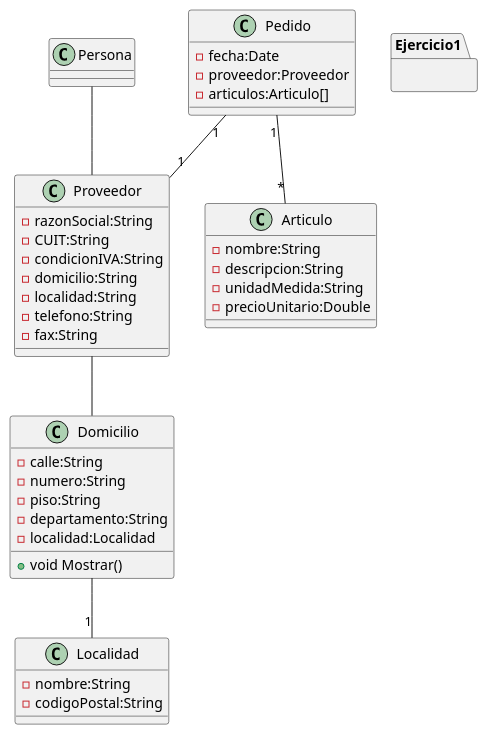
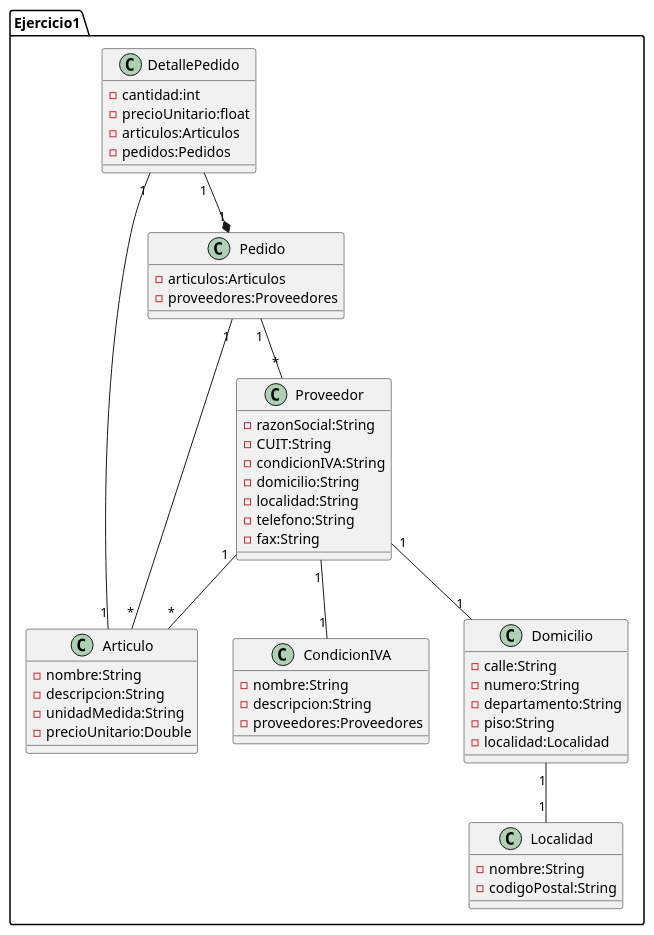
Before and after one commit to SecondPort/DOO1: the diagram in Java/src/Ejercicio1.puml, drawn with PlantUML. The commit also changed 1 other file, not shown here.

```diff
--- a/Java/src/Ejercicio1.puml
+++ b/Java/src/Ejercicio1.puml
@@ -1,47 +1,57 @@
 @startuml
-class Proveedor {
+/'En una empresa se realiza pedidos de compra a las proveedores con los cuales trabaja, los cualesson identificados con la siguiente información:
+razón social, CUIT, Condici6n de IVA, domicilio(calle, nro, dpto., piso), localidad, teléfono y fax. Cada pedido puede solicitar uno o más artículos
+y se le realiza a un solo proveedor, esto servirá para reponer el stock; de cada artículo se debe conocer el nombre, descripción, unidad de medida y precio unitario'/
+package Ejercicio1 {
+    class Proveedor{
     -razonSocial:String
     -CUIT:String
     -condicionIVA:String
     -domicilio:String
     -localidad:String
     -telefono:String
     -fax:String
+    }
+    class Articulo{
+        -nombre:String
+        -descripcion:String
+        -unidadMedida:String
+        -precioUnitario:Double
+    }
+    class Pedido{
+        -articulos:Articulos
+        -proveedores:Proveedores
+    }
+    class Localidad{
+        -nombre:String
+        -codigoPostal:String
+    }
+    class Domicilio{
+        -calle:String
+        -numero:String
+        -departamento:String
+        -piso:String
+        -localidad:Localidad
+    }
+    class DetallePedido{
+        -cantidad:int
+        -precioUnitario:float
+        -articulos:Articulos
+        -pedidos:Pedidos
+    }
+    class CondicionIVA{
+        -nombre:String
+        -descripcion:String
+        -proveedores:Proveedores
+    }
 }
-
-class Articulo {
-    -nombre:String
-    -descripcion:String
-    -unidadMedida:String
-    -precioUnitario:Double
-}
-
-class Pedido {
-    -fecha:Date
-    -proveedor:Proveedor
-    -articulos:Articulo[]
-}
-class Localidad {
-    -nombre:String
-    -codigoPostal:String
-}
-
-class Domicilio {
-    -calle:String
-    -numero:String
-    -piso:String
-    -departamento:String
-    -localidad:Localidad
-    +void Mostrar()
-}
-
-package Ejercicio1 {
-}
-
+/'Relaciones entre las clases '/
+Proveedor "1" -- "*" Articulo
 Pedido "1" -- "*" Articulo
-Pedido "1" -- "1" Proveedor
-Domicilio -- "1" Localidad
-Proveedor -up- Persona
-Proveedor -- Domicilio
-
+Pedido "1" -- "*" Proveedor
+Proveedor "1" -- "1" Domicilio
+Domicilio "1" -- "1" Localidad
+Proveedor "1" -- "1" CondicionIVA
+DetallePedido "1" -- "1" Articulo
+DetallePedido "1" --* "1" Pedido
 @enduml
```
